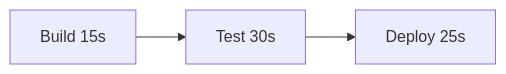
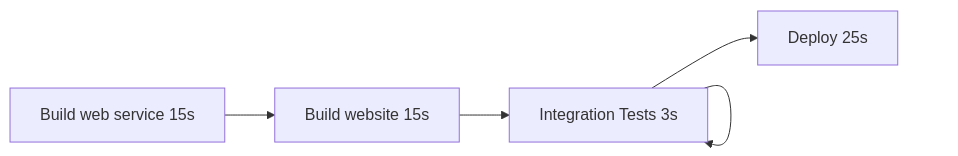
Before and after one commit to samsmithnz/ParallelPipelinesDemo: the first of 2 diagrams in README.md, drawn with Mermaid.

Commit message:
updated graph

````diff
--- a/README.md
+++ b/README.md
@@ -5,4 +5,4 @@
 ```mermaid
   graph LR;
-      build[Build 15s]-->test[Test 30s]-->deploy[Deploy 25s];
+      buildweb[Build web service 15s]-->buildwebservice[Build website 15s]-->test[Unit Tests 3s]-->test[Integration Tests 3s]-->deploy[Deploy 25s];
 ```
````
